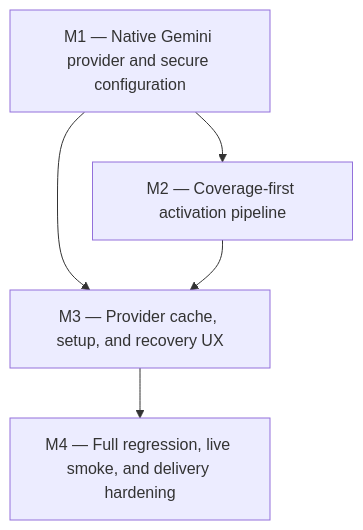
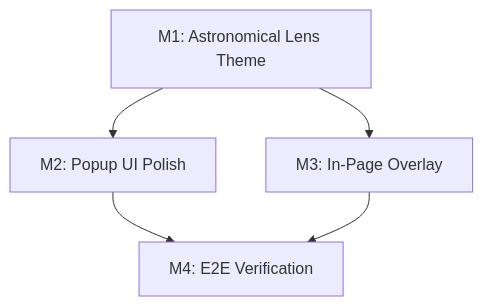
The diagram in .docs/DEVELOPMENT_PLAN.md (stickmanned/Eclipse), drawn with Mermaid before and after one commit. The commit also changed other lines of this file and 98 other files, not shown here.

````diff
--- a/.docs/DEVELOPMENT_PLAN.md
+++ b/.docs/DEVELOPMENT_PLAN.md
@@ -37,7 +20,7 @@
 ```mermaid
 graph TD
-  M1["M1 — Native Gemini provider and secure configuration"] --> M2["M2 — Coverage-first activation pipeline"]
-  M1 --> M3["M3 — Provider cache, setup, and recovery UX"]
-  M2 --> M3
-  M3 --> M4["M4 — Full regression, live smoke, and delivery hardening"]
+  M1[M1: Astronomical Lens Theme] --> M2[M2: Popup UI Polish]
+  M1 --> M3[M3: In-Page Overlay]
+  M2 --> M4[M4: E2E Verification]
+  M3 --> M4
 ```
````
